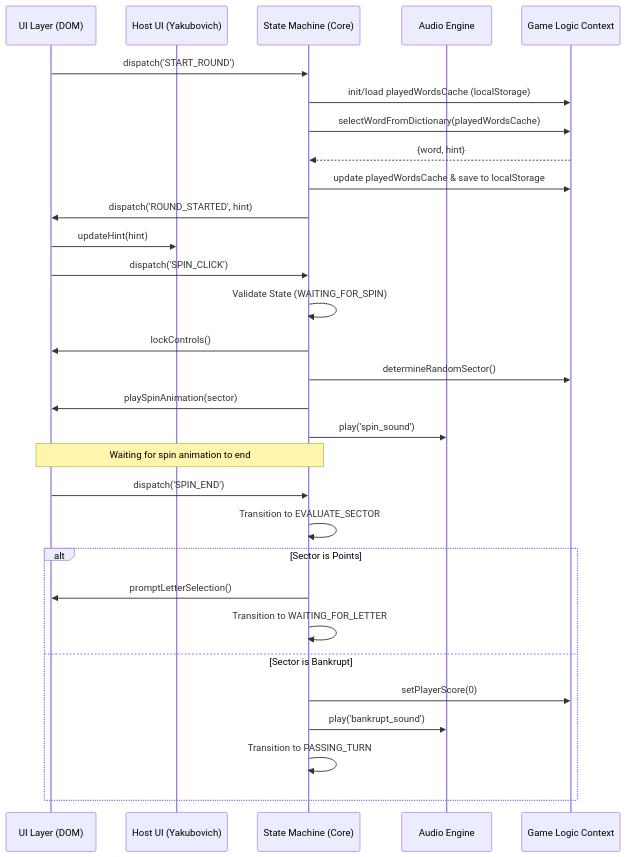
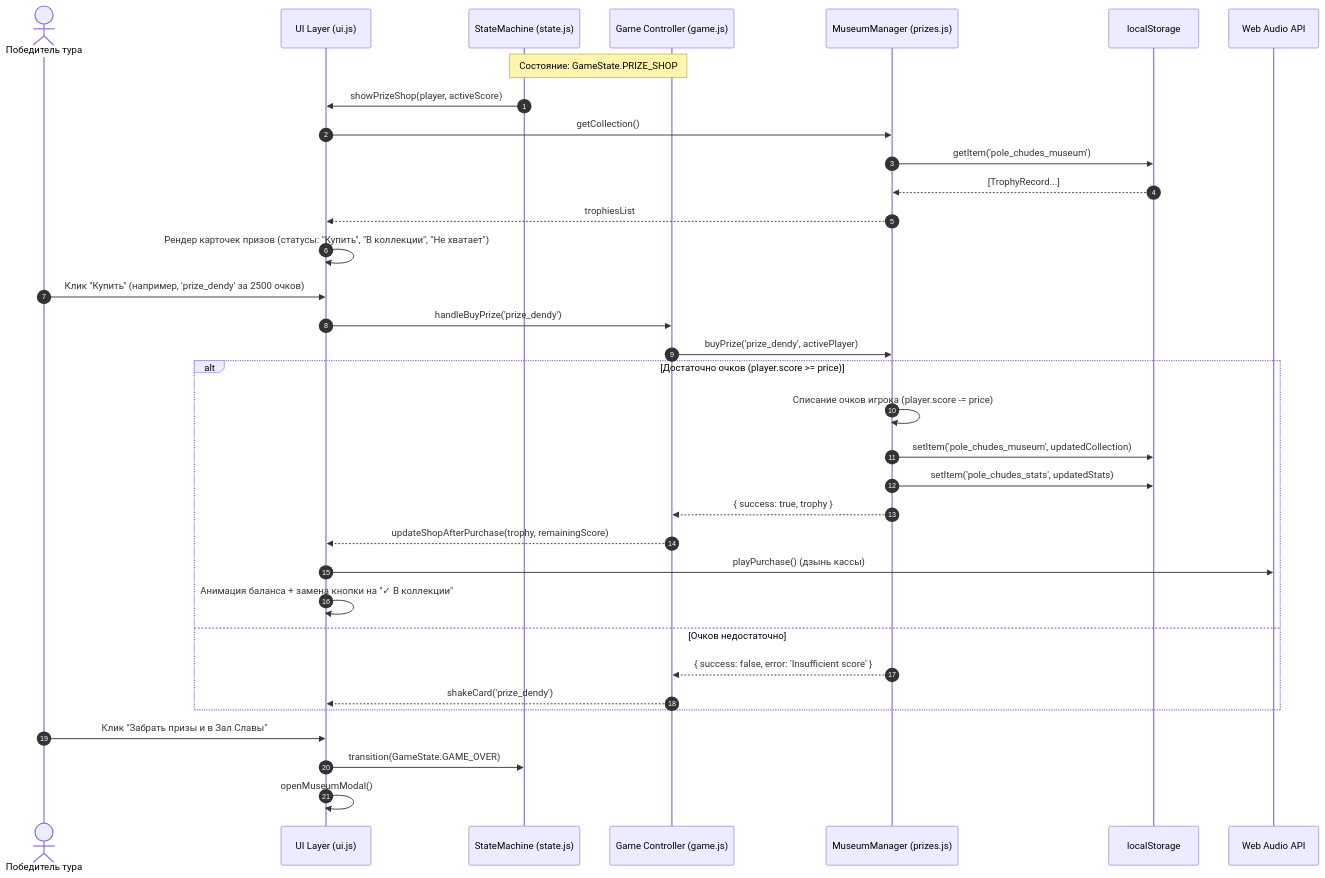
Before and after one commit to sergeibakurovus-source/pole_chudes: the second of 3 diagrams in docs/System_Design.md, drawn with Mermaid. The commit also changed other lines of this file, not shown here.

Commit message:
docs(arch): system architecture and interfaces [Gate 1B approved]

````diff
--- a/docs/System_Design.md
+++ b/docs/System_Design.md
@@ -125,37 +260,40 @@
 ```mermaid
 sequenceDiagram
-    participant UI as UI Layer (DOM)
-    participant Host as Host UI (Yakubovich)
-    participant SM as State Machine (Core)
-    participant Audio as Audio Engine
-    participant Logic as Game Logic Context
+    autonumber
+    actor Player as Победитель тура
+    participant UI as UI Layer (ui.js)
+    participant SM as StateMachine (state.js)
+    participant Game as Game Controller (game.js)
+    participant MM as MuseumManager (prizes.js)
+    participant Storage as localStorage
+    participant Audio as Web Audio API
 
-    UI->>SM: dispatch('START_ROUND')
-    SM->>Logic: init/load playedWordsCache (localStorage)
-    SM->>Logic: selectWordFromDictionary(playedWordsCache)
-    Logic-->>SM: {word, hint}
-    SM->>Logic: update playedWordsCache & save to localStorage
-    SM->>UI: dispatch('ROUND_STARTED', hint)
-    UI->>Host: updateHint(hint)
+    Note over SM,Game: Состояние: GameState.PRIZE_SHOP
+    SM->>UI: showPrizeShop(player, activeScore)
+    UI->>MM: getCollection()
+    MM->>Storage: getItem('pole_chudes_museum')
+    Storage-->>MM: [TrophyRecord...]
+    MM-->>UI: trophiesList
+    UI->>UI: Рендер карточек призов (статусы: "Купить", "В коллекции", "Не хватает")
     
-    UI->>SM: dispatch('SPIN_CLICK')
-    SM->>SM: Validate State (WAITING_FOR_SPIN)
-    SM->>UI: lockControls()
-    SM->>Logic: determineRandomSector()
-    SM->>UI: playSpinAnimation(sector)
-    SM->>Audio: play('spin_sound')
+    Player->>UI: Клик "Купить" (например, 'prize_dendy' за 2500 очков)
+    UI->>Game: handleBuyPrize('prize_dendy')
+    Game->>MM: buyPrize('prize_dendy', activePlayer)
     
-    Note over UI,SM: Waiting for spin animation to end
+    alt Достаточно очков (player.score >= price)
+        MM->>MM: Списание очков игрока (player.score -= price)
+        MM->>Storage: setItem('pole_chudes_museum', updatedCollection)
+        MM->>Storage: setItem('pole_chudes_stats', updatedStats)
+        MM-->>Game: { success: true, trophy }
+        Game-->>UI: updateShopAfterPurchase(trophy, remainingScore)
+        UI->>Audio: playPurchase() (дзынь кассы)
+        UI->>UI: Анимация баланса + замена кнопки на "✓ В коллекции"
+    else Очков недостаточно
+        MM-->>Game: { success: false, error: 'Insufficient score' }
+        Game-->>UI: shakeCard('prize_dendy')
+    end
     
-    UI->>SM: dispatch('SPIN_END')
-    SM->>SM: Transition to EVALUATE_SECTOR
-    
-    alt Sector is Points
-        SM->>UI: promptLetterSelection()
-        SM->>SM: Transition to WAITING_FOR_LETTER
-    else Sector is Bankrupt
-        SM->>Logic: setPlayerScore(0)
-        SM->>Audio: play('bankrupt_sound')
-        SM->>SM: Transition to PASSING_TURN
-    end
+    Player->>UI: Клик "Забрать призы и в Зал Славы"
+    UI->>SM: transition(GameState.GAME_OVER)
+    UI->>UI: openMuseumModal()
 ```
````
